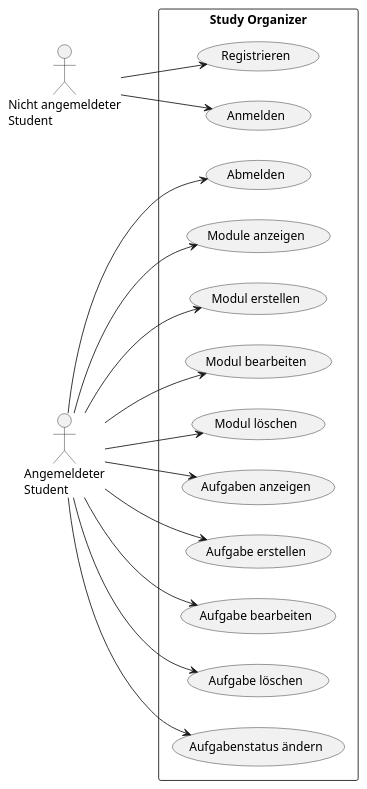
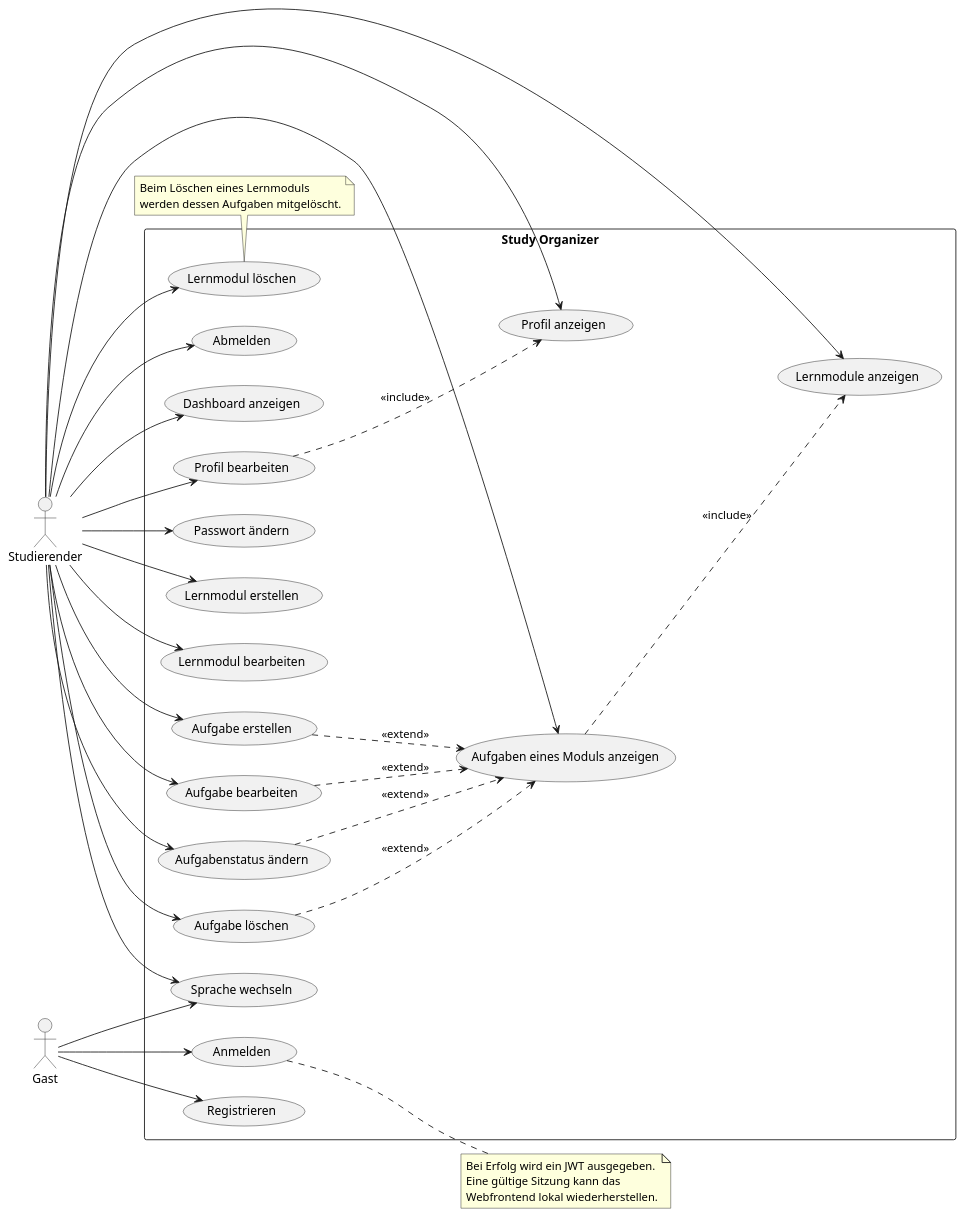
Before and after one commit to Saburollah/study-organizer: the diagram in Docs/diagrams/use-case.puml, drawn with PlantUML. The commit also changed 11 other files, not shown here.

Commit message:
docs: update project documentation and C4 diagrams (#62)

```diff
--- a/Docs/diagrams/use-case.puml
+++ b/Docs/diagrams/use-case.puml
@@ -1,42 +1,69 @@
 @startuml
 left to right direction
 skinparam packageStyle rectangle
 skinparam shadowing false
 
-actor "Nicht angemeldeter\nStudent" as Guest
-actor "Angemeldeter\nStudent" as Student
+actor Gast
+actor Studierender
 
 rectangle "Study Organizer" {
-    usecase "Registrieren" as UC_Register
-    usecase "Anmelden" as UC_Login
-    usecase "Abmelden" as UC_Logout
+  usecase "Registrieren" as UC_Register
+  usecase "Anmelden" as UC_Login
+  usecase "Sprache wechseln" as UC_Language
 
-    usecase "Module anzeigen" as UC_ViewModules
-    usecase "Modul erstellen" as UC_CreateModule
-    usecase "Modul bearbeiten" as UC_EditModule
-    usecase "Modul löschen" as UC_DeleteModule
+  usecase "Abmelden" as UC_Logout
+  usecase "Dashboard anzeigen" as UC_Dashboard
+  usecase "Profil anzeigen" as UC_ProfileRead
+  usecase "Profil bearbeiten" as UC_ProfileUpdate
+  usecase "Passwort ändern" as UC_Password
 
-    usecase "Aufgaben anzeigen" as UC_ViewTasks
-    usecase "Aufgabe erstellen" as UC_CreateTask
-    usecase "Aufgabe bearbeiten" as UC_EditTask
-    usecase "Aufgabe löschen" as UC_DeleteTask
-    usecase "Aufgabenstatus ändern" as UC_ChangeStatus
+  usecase "Lernmodule anzeigen" as UC_ModuleRead
+  usecase "Lernmodul erstellen" as UC_ModuleCreate
+  usecase "Lernmodul bearbeiten" as UC_ModuleUpdate
+  usecase "Lernmodul löschen" as UC_ModuleDelete
+
+  usecase "Aufgaben eines Moduls anzeigen" as UC_TaskRead
+  usecase "Aufgabe erstellen" as UC_TaskCreate
+  usecase "Aufgabe bearbeiten" as UC_TaskUpdate
+  usecase "Aufgabenstatus ändern" as UC_TaskStatus
+  usecase "Aufgabe löschen" as UC_TaskDelete
 }
 
-Guest --> UC_Register
-Guest --> UC_Login
+Gast --> UC_Register
+Gast --> UC_Login
+Gast --> UC_Language
 
-Student --> UC_Logout
+Studierender --> UC_Logout
+Studierender --> UC_Language
+Studierender --> UC_Dashboard
+Studierender --> UC_ProfileRead
+Studierender --> UC_ProfileUpdate
+Studierender --> UC_Password
+Studierender --> UC_ModuleRead
+Studierender --> UC_ModuleCreate
+Studierender --> UC_ModuleUpdate
+Studierender --> UC_ModuleDelete
+Studierender --> UC_TaskRead
+Studierender --> UC_TaskCreate
+Studierender --> UC_TaskUpdate
+Studierender --> UC_TaskStatus
+Studierender --> UC_TaskDelete
 
-Student --> UC_ViewModules
-Student --> UC_CreateModule
-Student --> UC_EditModule
-Student --> UC_DeleteModule
+UC_ProfileUpdate ..> UC_ProfileRead : <<include>>
+UC_TaskRead ..> UC_ModuleRead : <<include>>
+UC_TaskCreate ..> UC_TaskRead : <<extend>>
+UC_TaskUpdate ..> UC_TaskRead : <<extend>>
+UC_TaskStatus ..> UC_TaskRead : <<extend>>
+UC_TaskDelete ..> UC_TaskRead : <<extend>>
 
-Student --> UC_ViewTasks
-Student --> UC_CreateTask
-Student --> UC_EditTask
-Student --> UC_DeleteTask
-Student --> UC_ChangeStatus
+note right of UC_Login
+  Bei Erfolg wird ein JWT ausgegeben.
+  Eine gültige Sitzung kann das
+  Webfrontend lokal wiederherstellen.
+end note
 
+note bottom of UC_ModuleDelete
+  Beim Löschen eines Lernmoduls
+  werden dessen Aufgaben mitgelöscht.
+end note
 @enduml
```
